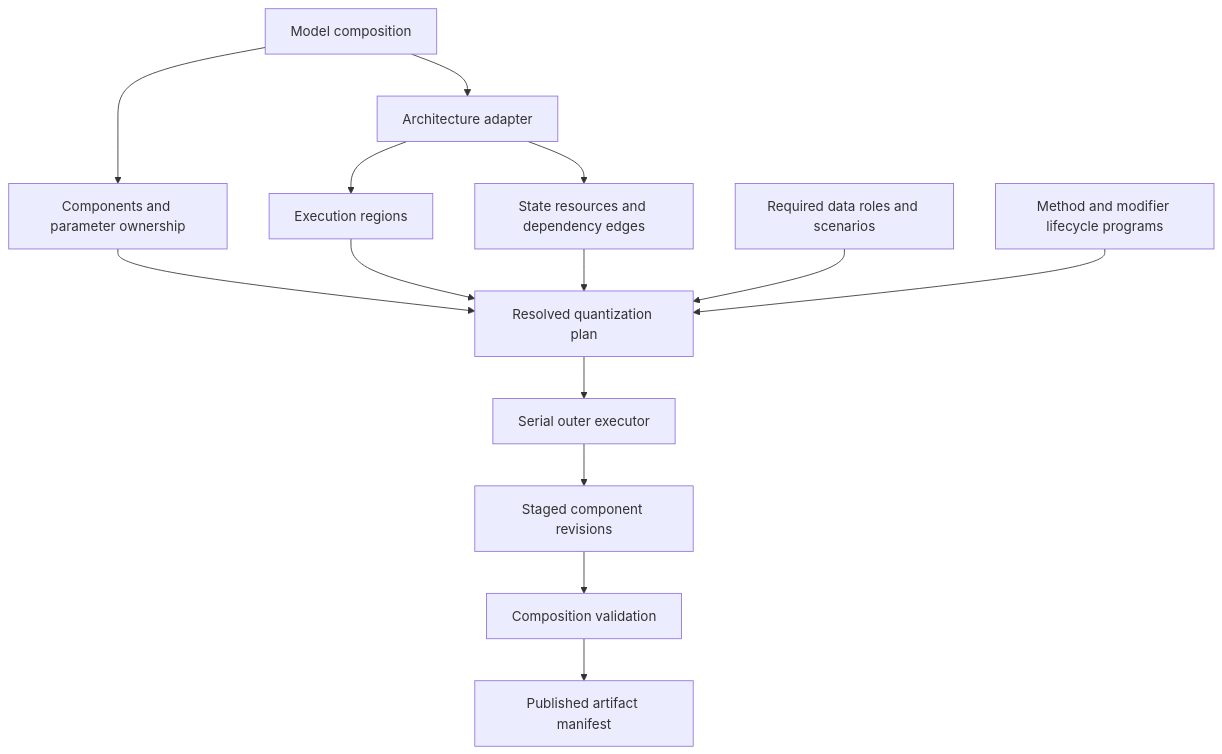
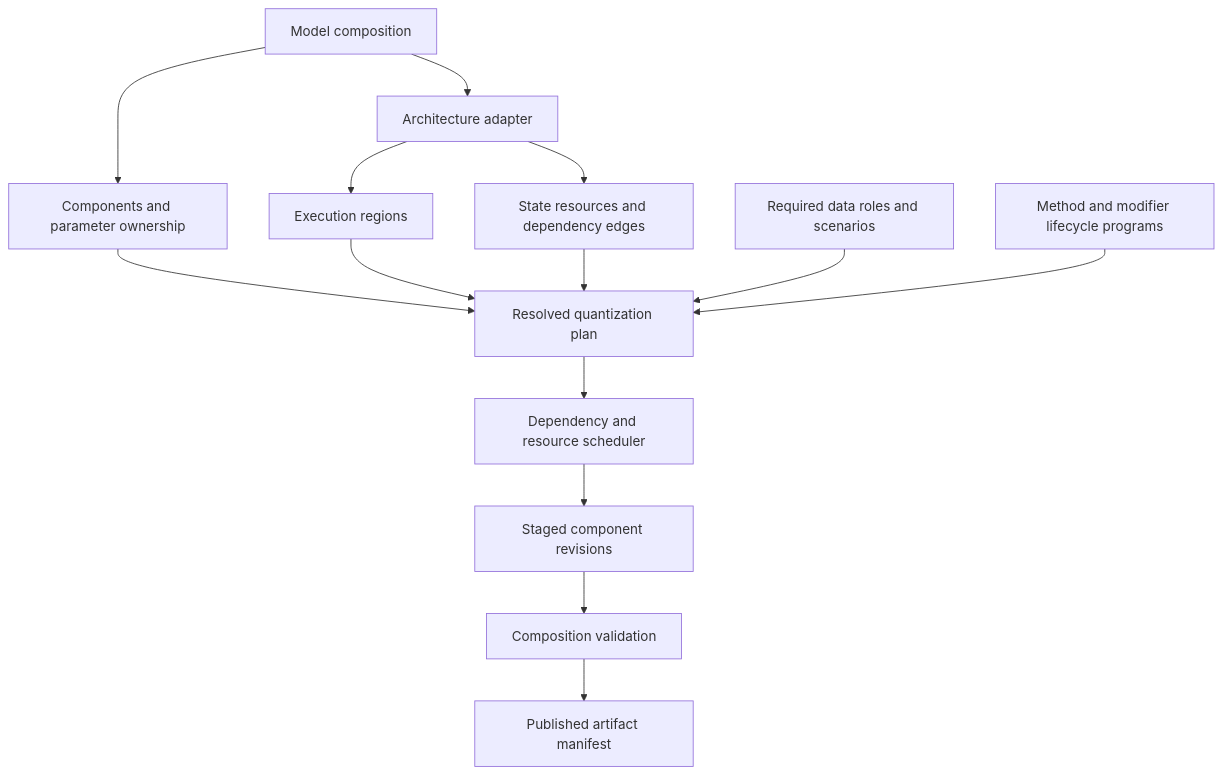
Before and after one commit to ModelCloud/GPTQModel: the first of 7 diagrams in docs/component-quantization-design.md, drawn with Mermaid. The commit also changed other lines of this file and 4 other files, not shown here.

Commit message:
docs: extend quantization design for 2026 architectures and parallel execution

````diff
--- a/docs/component-quantization-design.md
+++ b/docs/component-quantization-design.md
@@ -146,16 +181,16 @@
 ```mermaid
 flowchart TD
     MC[Model composition] --> C[Components and parameter ownership]
     MC --> A[Architecture adapter]
     A --> R[Execution regions]
     A --> S[State resources and dependency edges]
     C --> P[Resolved quantization plan]
     R --> P
     S --> P
     D[Required data roles and scenarios] --> P
     L[Method and modifier lifecycle programs] --> P
-    P --> E[Serial outer executor]
+    P --> E[Dependency and resource scheduler]
     E --> T[Staged component revisions]
     T --> V[Composition validation]
     V --> M[Published artifact manifest]
 ```
````
